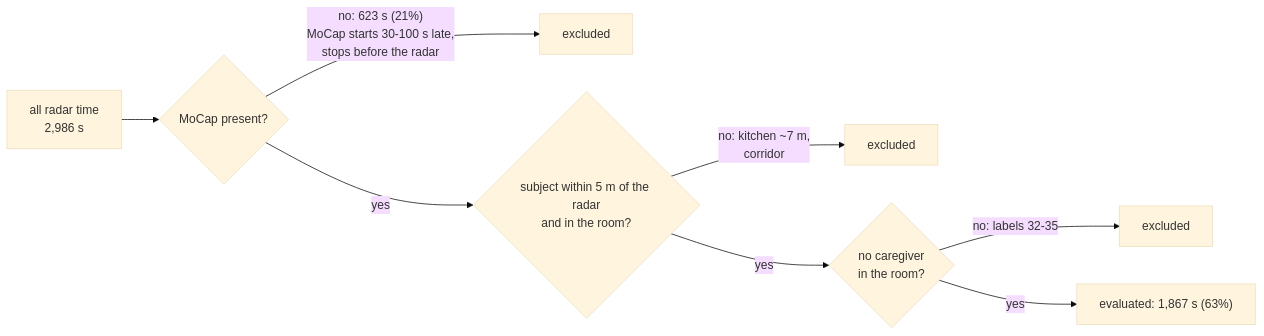
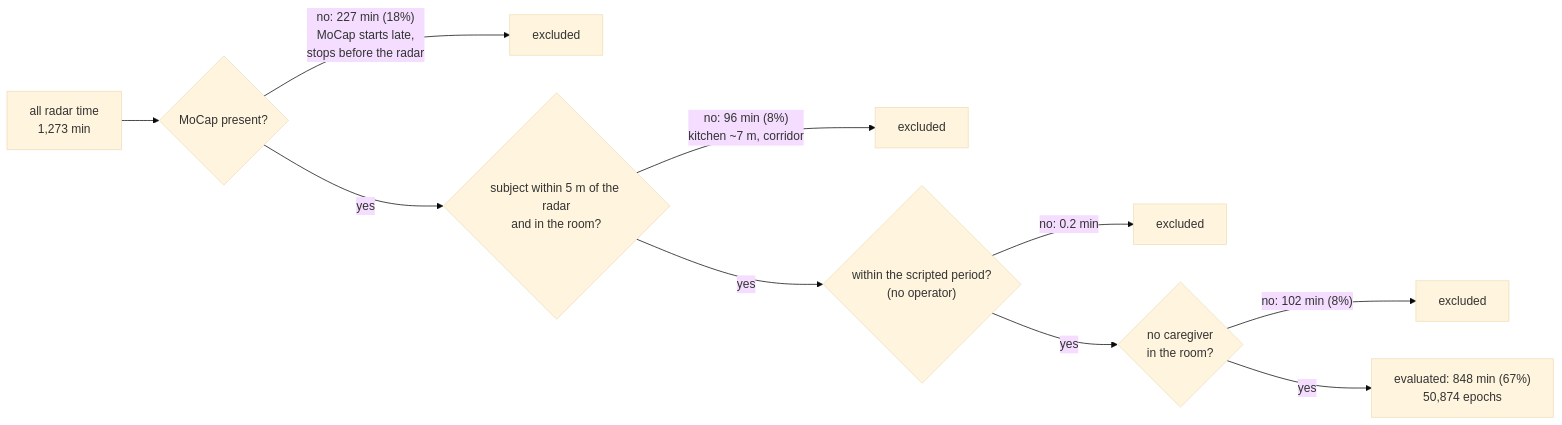
The third of 4 diagrams in docs/category1.md (itsXuanFeng/mobilityIndex), drawn with Mermaid (base theme) before and after one commit. The commit also changed other lines of this file and 21 other files, not shown here.

````diff
--- a/docs/category1.md
+++ b/docs/category1.md
@@ -115,10 +147,12 @@
 ```mermaid
 flowchart LR
-    T["all radar time<br/>2,986 s"] --> M{"MoCap present?"}
-    M -- "no: 623 s (21%)<br/>MoCap starts 30-100 s late,<br/>stops before the radar" --> X1["excluded"]
+    T["all radar time<br/>1,273 min"] --> M{"MoCap present?"}
+    M -- "no: 227 min (18%)<br/>MoCap starts late,<br/>stops before the radar" --> X1["excluded"]
     M -- yes --> C{"subject within 5 m of the radar<br/>and in the room?"}
-    C -- "no: kitchen ~7 m,<br/>corridor" --> X2["excluded"]
-    C -- yes --> K{"no caregiver<br/>in the room?"}
-    K -- "no: labels 32-35" --> X3["excluded"]
-    K -- yes --> E["evaluated: 1,867 s (63%)"]
+    C -- "no: 96 min (8%)<br/>kitchen ~7 m, corridor" --> X2["excluded"]
+    C -- yes --> P{"within the scripted period?<br/>(no operator)"}
+    P -- "no: 0.2 min" --> X4["excluded"]
+    P -- yes --> K{"no caregiver<br/>in the room?"}
+    K -- "no: 102 min (8%)" --> X3["excluded"]
+    K -- yes --> E["evaluated: 848 min (67%)<br/>50,874 epochs"]
 ```
````
